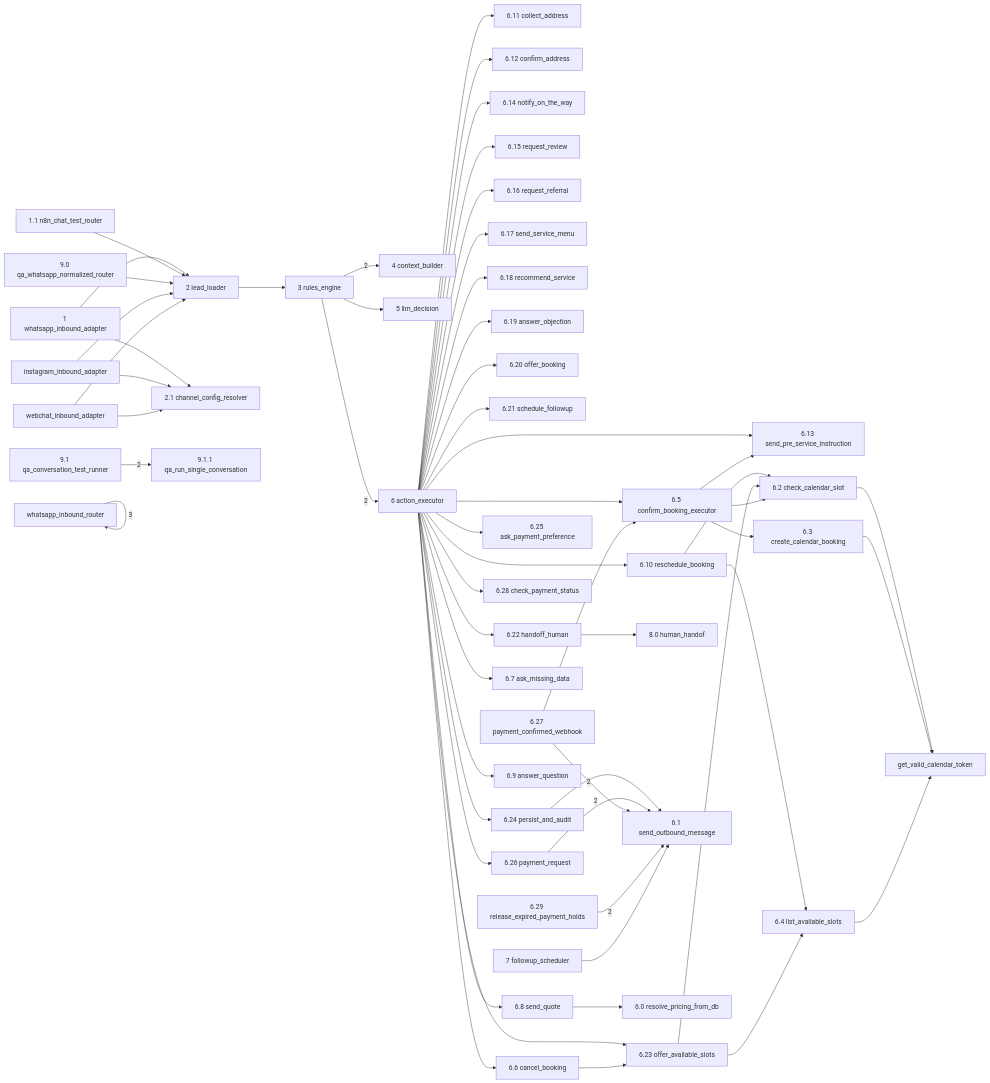
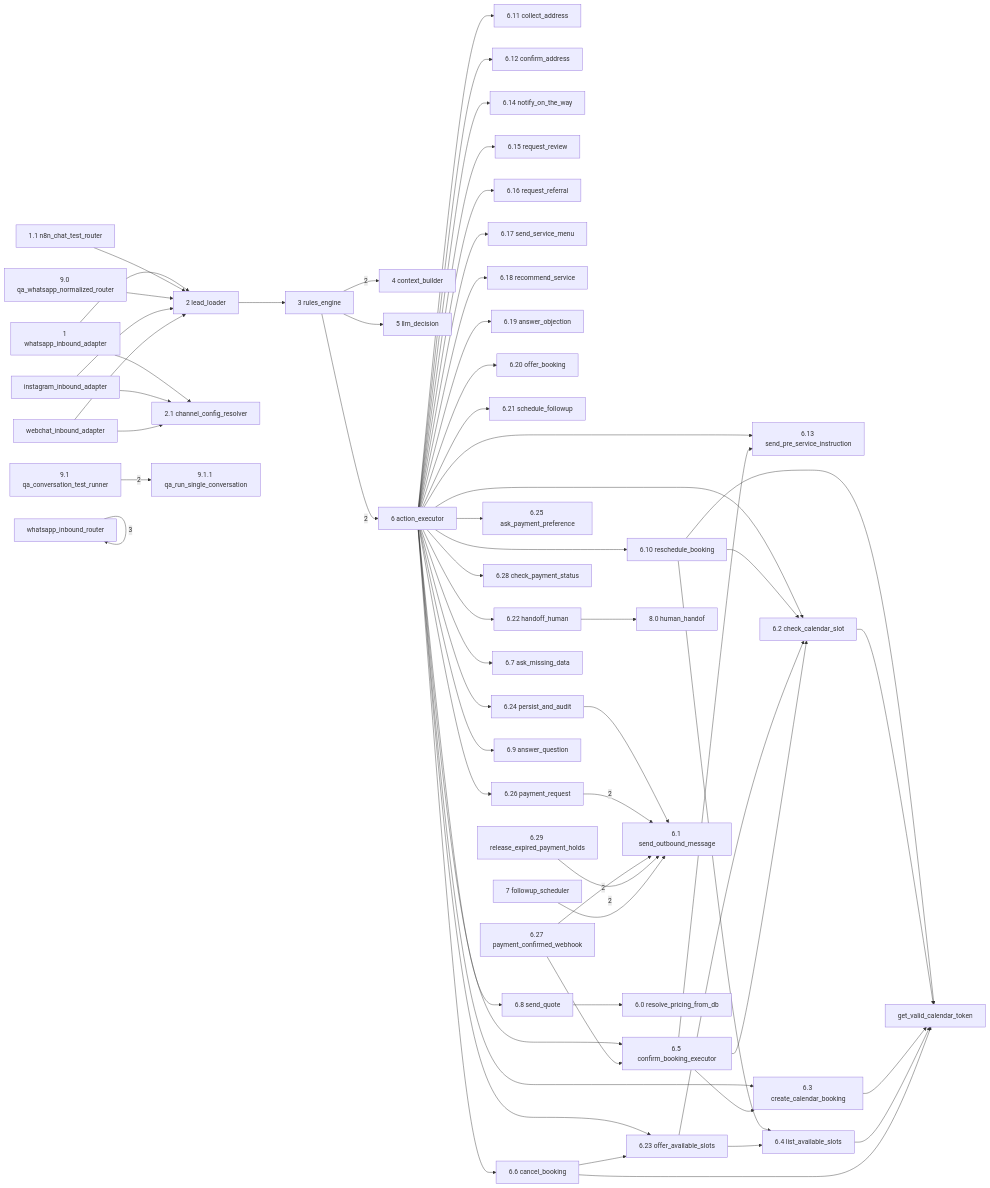
The diagram in docs/arquitectura/GRAFO_WORKFLOWS.md (aahumada21/closerai), drawn with Mermaid before and after one commit. The commit also changed other lines of this file and 33 other files, not shown here.

```diff
--- a/docs/arquitectura/GRAFO_WORKFLOWS.md
+++ b/docs/arquitectura/GRAFO_WORKFLOWS.md
@@ -41,6 +41,8 @@
   n362061637469 --> n362e31382072
   n362e31392061["6.19 answer_objection"]
   n362061637469 --> n362e31392061
+  n362e32206368["6.2 check_calendar_slot"]
+  n362061637469 --> n362e32206368
   n362e3230206f["6.20 offer_booking"]
   n362061637469 --> n362e3230206f
   n362e32312073["6.21 schedule_followup"]
@@ -57,6 +59,8 @@
   n362061637469 --> n362e32362070
   n362e32382063["6.28 check_payment_status"]
   n362061637469 --> n362e32382063
+  n362e33206372["6.3 create_calendar_booking"]
+  n362061637469 --> n362e33206372
   n362e3520636f["6.5 confirm_booking_executor"]
   n362061637469 --> n362e3520636f
   n362e36206361["6.6 cancel_booking"]
@@ -67,11 +71,11 @@
   n362061637469 --> n362e38207365
   n362e3920616e["6.9 answer_question"]
   n362061637469 --> n362e3920616e
-  n362e32206368["6.2 check_calendar_slot"]
   n362e31302072 --> n362e32206368
   n362e34206c69["6.4 list_available_slots"]
   n362e31302072 --> n362e34206c69
   n6765745f7661["get_valid_calendar_token"]
+  n362e31302072 --> n6765745f7661
   n362e32206368 --> n6765745f7661
   n382e30206875["8.0 human_handof"]
   n362e32322068 --> n382e30206875
@@ -85,13 +89,13 @@
   n362e32372070 --> n362e3520636f
   n362e32392072["6.29 release_expired_payment_holds"]
   n362e32392072 -->|2| n362e31207365
-  n362e33206372["6.3 create_calendar_booking"]
   n362e33206372 --> n6765745f7661
   n362e34206c69 --> n6765745f7661
   n362e3520636f --> n362e31332073
   n362e3520636f --> n362e32206368
   n362e3520636f --> n362e33206372
   n362e36206361 --> n362e3233206f
+  n362e36206361 --> n6765745f7661
   n362e30207265["6.0 resolve_pricing_from_db"]
   n362e38207365 --> n362e30207265
   n3720666f6c6c["7 followup_scheduler"]
```
